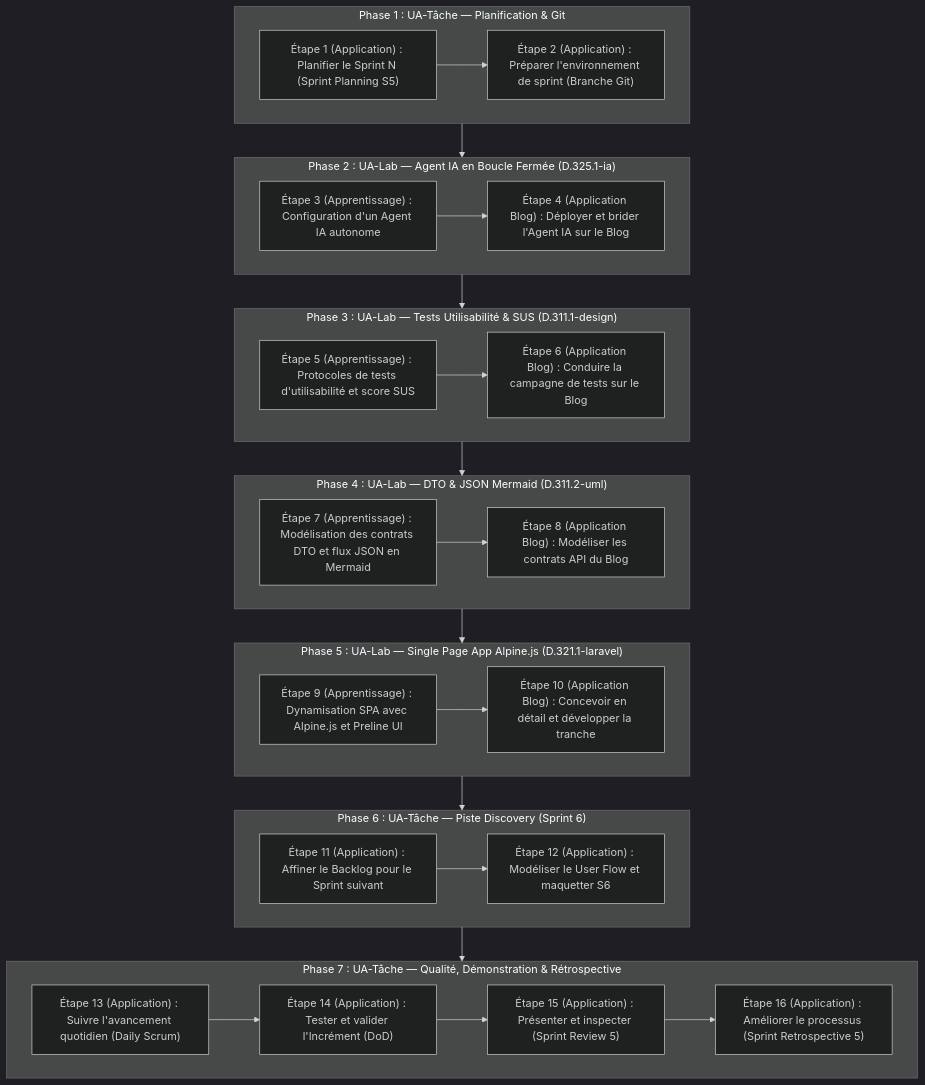
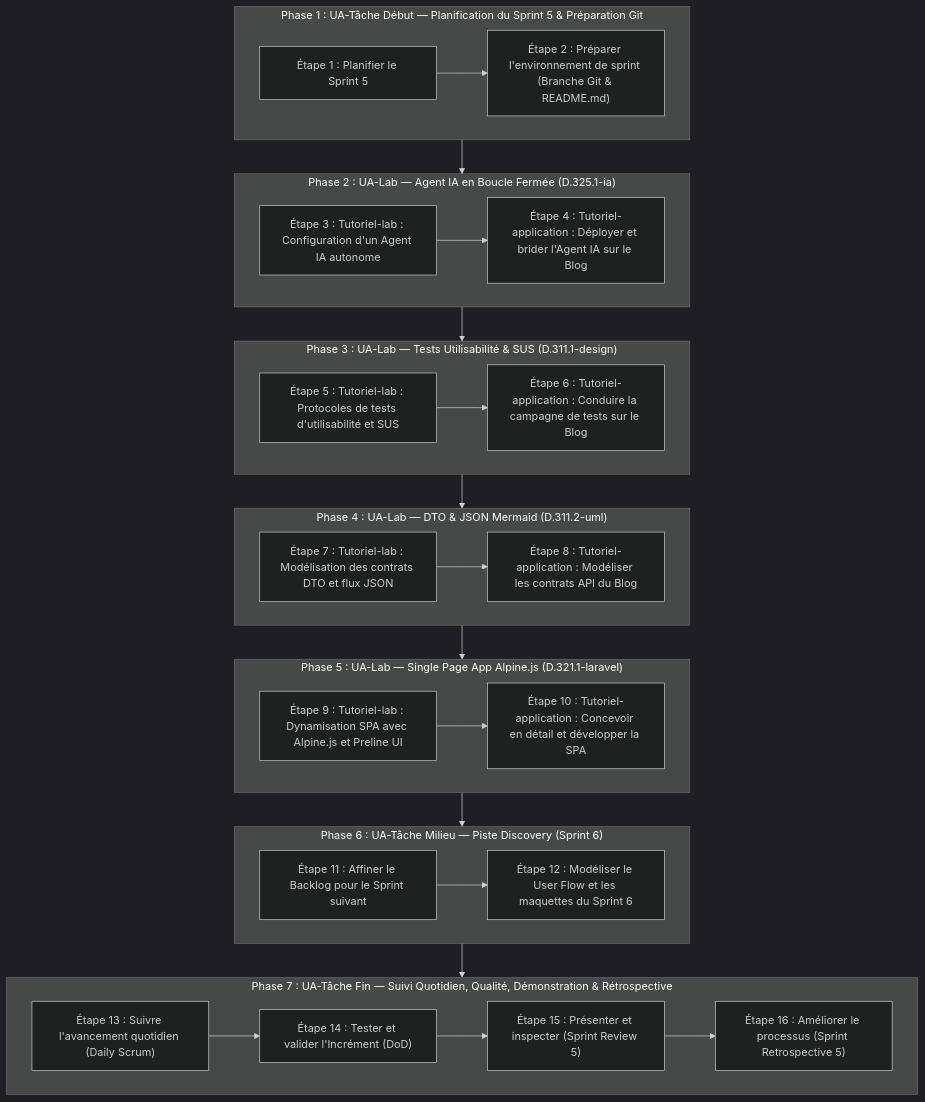
Before and after one commit to labs-web/projet-imiation-n3: the diagram in flux-travail/sessions/flux-travail-s5.md, drawn with Mermaid (dark theme). The commit also changed other lines of this file and 9 other files, not shown here.

````diff
--- a/flux-travail/sessions/flux-travail-s5.md
+++ b/flux-travail/sessions/flux-travail-s5.md
@@ -57,48 +57,48 @@
 ```mermaid
 flowchart TD
-    subgraph P1 ["Phase 1 : UA-Tâche — Planification & Git"]
-        E1["Étape 1 (Application) : Planifier le Sprint N (Sprint Planning S5)"]
-        E2["Étape 2 (Application) : Préparer l'environnement de sprint (Branche Git)"]
+    subgraph P1 ["Phase 1 : UA-Tâche Début — Planification du Sprint 5 & Préparation Git"]
+        E1["Étape 1 : Planifier le Sprint 5"]
+        E2["Étape 2 : Préparer l'environnement de sprint (Branche Git & README.md)"]
         E1 --> E2
     end
 
     subgraph P2 ["Phase 2 : UA-Lab — Agent IA en Boucle Fermée (D.325.1-ia)"]
-        E3["Étape 3 (Apprentissage) : Configuration d'un Agent IA autonome"]
-        E4["Étape 4 (Application Blog) : Déployer et brider l'Agent IA sur le Blog"]
+        E3["Étape 3 : Tutoriel-lab : Configuration d'un Agent IA autonome"]
+        E4["Étape 4 : Tutoriel-application : Déployer et brider l'Agent IA sur le Blog"]
         E3 --> E4
     end
 
     subgraph P3 ["Phase 3 : UA-Lab — Tests Utilisabilité & SUS (D.311.1-design)"]
-        E5["Étape 5 (Apprentissage) : Protocoles de tests d'utilisabilité et score SUS"]
-        E6["Étape 6 (Application Blog) : Conduire la campagne de tests sur le Blog"]
+        E5["Étape 5 : Tutoriel-lab : Protocoles de tests d'utilisabilité et SUS"]
+        E6["Étape 6 : Tutoriel-application : Conduire la campagne de tests sur le Blog"]
         E5 --> E6
     end
 
     subgraph P4 ["Phase 4 : UA-Lab — DTO & JSON Mermaid (D.311.2-uml)"]
-        E7["Étape 7 (Apprentissage) : Modélisation des contrats DTO et flux JSON en Mermaid"]
-        E8["Étape 8 (Application Blog) : Modéliser les contrats API du Blog"]
+        E7["Étape 7 : Tutoriel-lab : Modélisation des contrats DTO et flux JSON"]
+        E8["Étape 8 : Tutoriel-application : Modéliser les contrats API du Blog"]
         E7 --> E8
     end
 
     subgraph P5 ["Phase 5 : UA-Lab — Single Page App Alpine.js (D.321.1-laravel)"]
-        E9["Étape 9 (Apprentissage) : Dynamisation SPA avec Alpine.js et Preline UI"]
-        E10["Étape 10 (Application Blog) : Concevoir en détail et développer la tranche"]
+        E9["Étape 9 : Tutoriel-lab : Dynamisation SPA avec Alpine.js et Preline UI"]
+        E10["Étape 10 : Tutoriel-application : Concevoir en détail et développer la SPA"]
         E9 --> E10
     end
 
-    subgraph P6 ["Phase 6 : UA-Tâche — Piste Discovery (Sprint 6)"]
-        E11["Étape 11 (Application) : Affiner le Backlog pour le Sprint suivant"]
-        E12["Étape 12 (Application) : Modéliser le User Flow et maquetter S6"]
+    subgraph P6 ["Phase 6 : UA-Tâche Milieu — Piste Discovery (Sprint 6)"]
+        E11["Étape 11 : Affiner le Backlog pour le Sprint suivant"]
+        E12["Étape 12 : Modéliser le User Flow et les maquettes du Sprint 6"]
         E11 --> E12
     end
 
-    subgraph P7 ["Phase 7 : UA-Tâche — Qualité, Démonstration & Rétrospective"]
-        E13["Étape 13 (Application) : Suivre l'avancement quotidien (Daily Scrum)"]
-        E14["Étape 14 (Application) : Tester et valider l'Incrément (DoD)"]
-        E15["Étape 15 (Application) : Présenter et inspecter (Sprint Review 5)"]
-        E16["Étape 16 (Application) : Améliorer le processus (Sprint Retrospective 5)"]
+    subgraph P7 ["Phase 7 : UA-Tâche Fin — Suivi Quotidien, Qualité, Démonstration & Rétrospective"]
+        E13["Étape 13 : Suivre l'avancement quotidien (Daily Scrum)"]
+        E14["Étape 14 : Tester et valider l'Incrément (DoD)"]
+        E15["Étape 15 : Présenter et inspecter (Sprint Review 5)"]
+        E16["Étape 16 : Améliorer le processus (Sprint Retrospective 5)"]
         E13 --> E14 --> E15 --> E16
     end
 
     P1 --> P2 --> P3 --> P4 --> P5 --> P6 --> P7
 ```
````
